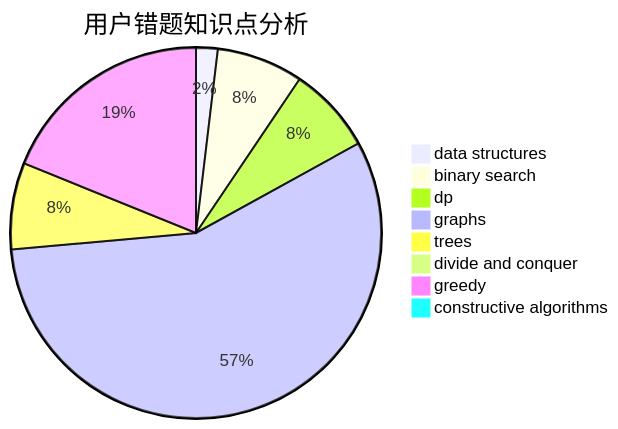
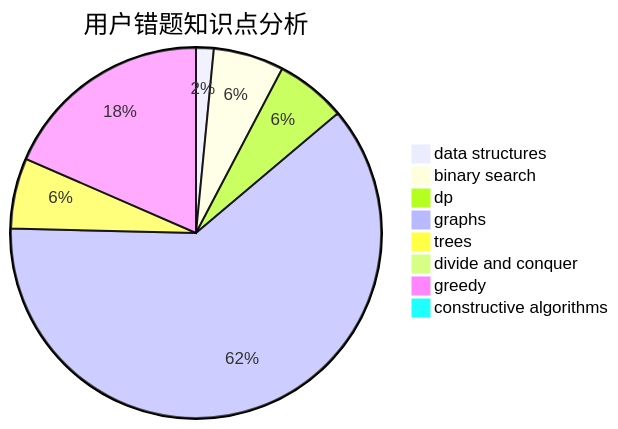
The third of 3 diagrams in docs/user/u67.md (sherpahu/cfrs.github.io), drawn with Mermaid before and after one commit. The commit also changed other lines of this file and 2770 other files, not shown here.

````diff
--- a/docs/user/u67.md
+++ b/docs/user/u67.md
@@ -36,11 +36,11 @@
 ```mermaid
 pie title 用户错题知识点分析
     "data structures" :  1
     "binary search" :  4
     "dp" :  4
-    "graphs" :  30
+    "graphs" :  40
     "trees" :  4
     "divide and conquer" :  0
-    "greedy" :  10
+    "greedy" :  12
     "constructive algorithms" :  0
 ```
````
